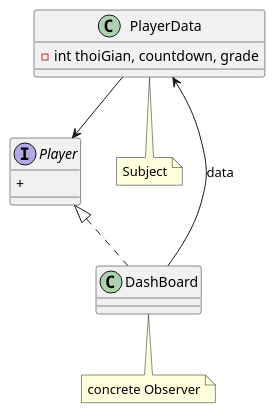
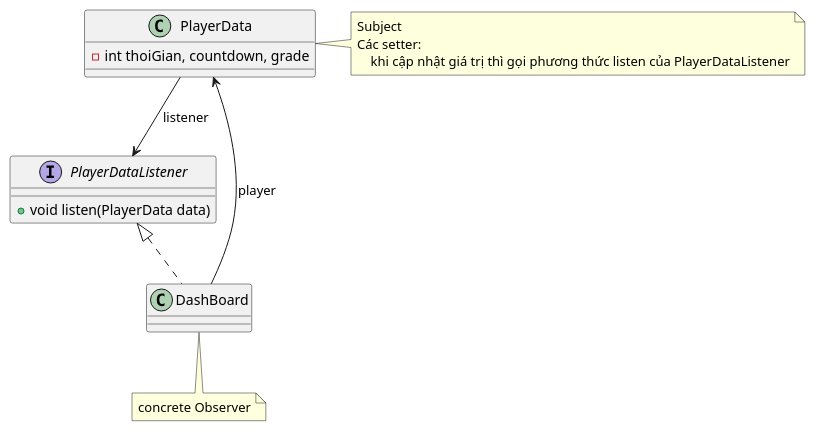
Before and after one commit to nguyenduydan/BaiTap_KTMT: the diagram in nguyenthietduydan_63133615/src/behavioral/observer/ca6_character/ca6_diagram.puml, drawn with PlantUML. The commit also changed 4 other files, not shown here.

```diff
--- a/nguyenthietduydan_63133615/src/behavioral/observer/ca6_character/ca6_diagram.puml
+++ b/nguyenthietduydan_63133615/src/behavioral/observer/ca6_character/ca6_diagram.puml
@@ -1,24 +1,26 @@
 @startuml
 'https://plantuml.com/class-diagram
 
 class PlayerData{
     - int thoiGian, countdown, grade
 }
 class DashBoard
-interface Player{
-    +
+interface PlayerDataListener{
+    +void listen(PlayerData data)
 }
 
-Player <|.. DashBoard
-DashBoard --> PlayerData:data
-PlayerData --> Player
+PlayerDataListener <|.. DashBoard
+DashBoard --> PlayerData:player
+PlayerData --> PlayerDataListener:listener
 
 note bottom of DashBoard
     concrete Observer
 end note
 
-note bottom of PlayerData
+note right of PlayerData
     Subject
+    Các setter:
+        khi cập nhật giá trị thì gọi phương thức listen của PlayerDataListener
 end note
 
 @enduml
```
